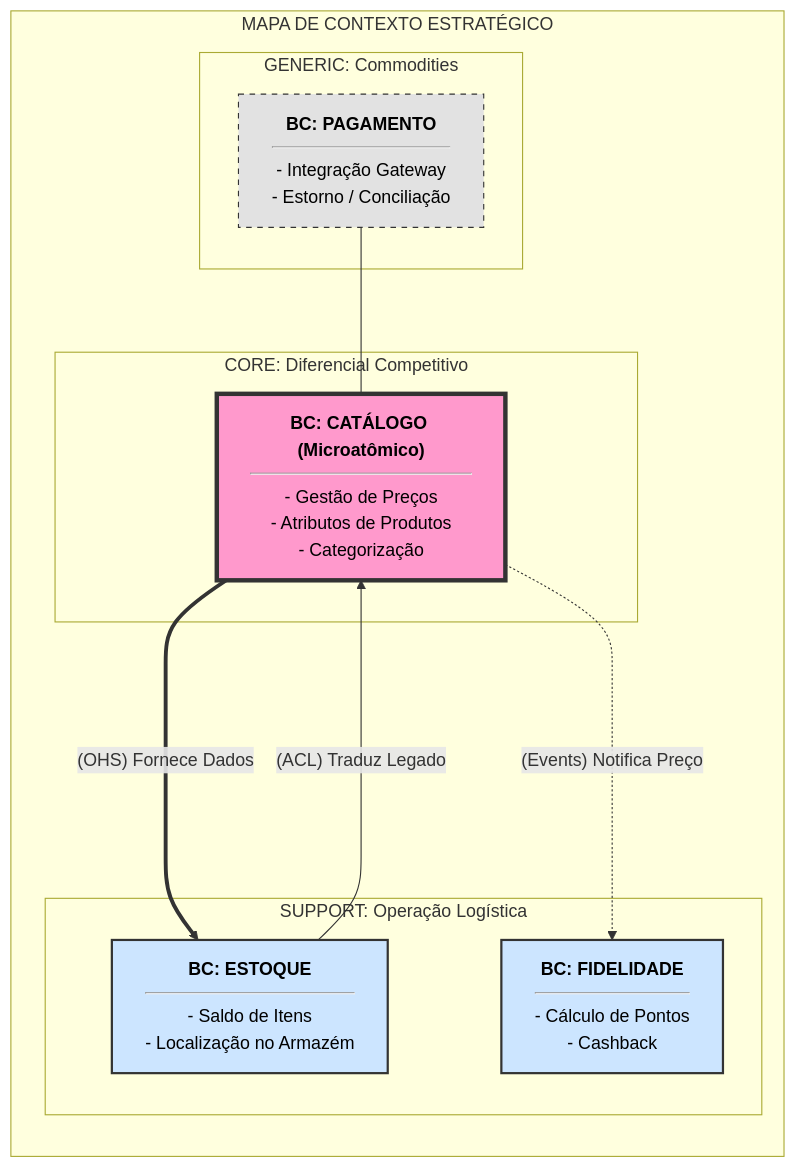
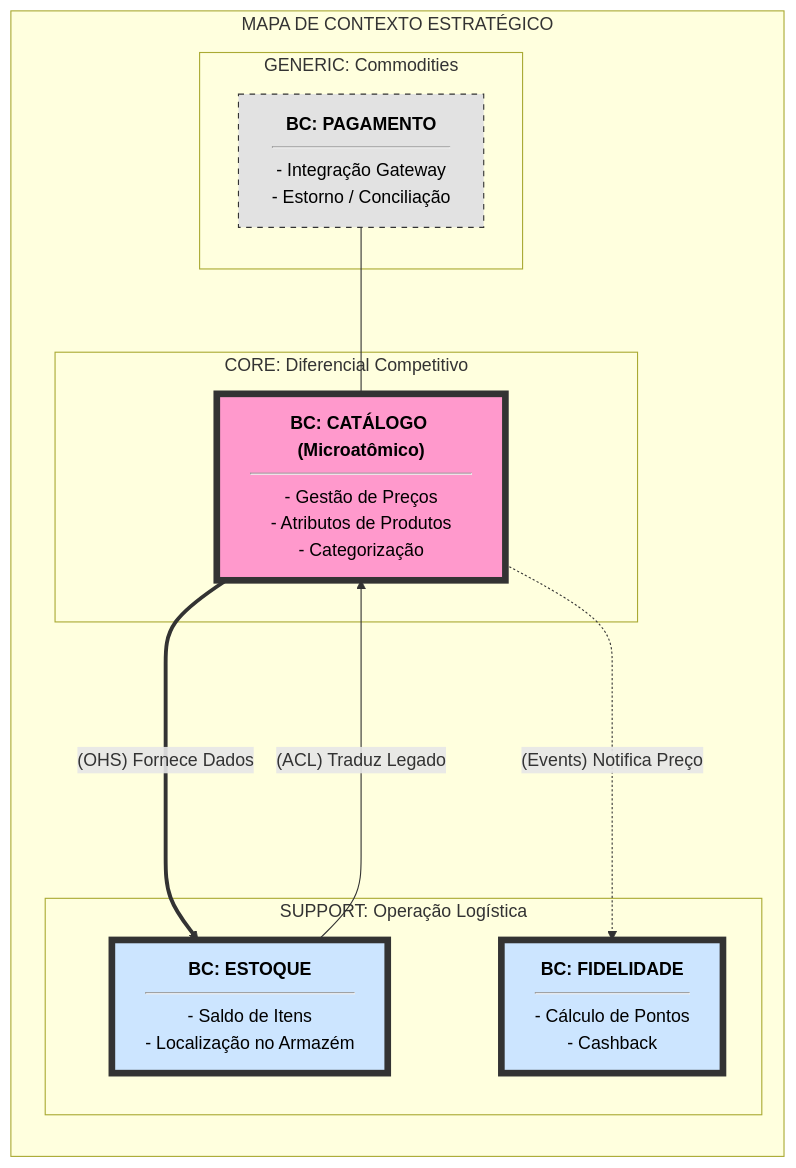
Before and after one commit to BSI-UFU/MD_Workshop2: the diagram in Workshop_Microsservicos.md, drawn with Mermaid.

Commit message:
Ajuste em Workshop_Microsservicos.md

````diff
--- a/Workshop_Microsservicos.md
+++ b/Workshop_Microsservicos.md
@@ -1,38 +1,38 @@
 ```mermaid
 graph LR
     %% Definição de Estilos
-    classDef core fill:#ff99cc,stroke:#333,stroke-width:4px,color:#000
-    classDef support fill:#cce5ff,stroke:#333,stroke-width:2px,color:#000
+    classDef core fill:#ff99cc,stroke:#333,stroke-width:6px,color:#000
+    classDef support fill:#cce5ff,stroke:#333,stroke-width:6px,color:#000
     classDef generic fill:#e2e2e2,stroke:#333,stroke-dasharray: 5 5,color:#000
 
     subgraph ECOMMERCE_SYSTEM [MAPA DE CONTEXTO ESTRATÉGICO]
         direction TB
 
         %% Detalhando o Core Domain com foco no Microatômico
         subgraph CORE [CORE: Diferencial Competitivo]
             CATALOGO["<b>BC: CATÁLOGO (Microatômico)</b><hr/>- Gestão de Preços<br/>- Atributos de Produtos<br/>- Categorização"]
         end
 
         %% Detalhando os Subdomínios de Suporte
         subgraph SUPPORT [SUPPORT: Operação Logística]
             ESTOQUE["<b>BC: ESTOQUE</b><hr/>- Saldo de Itens<br/>- Localização no Armazém"]
             LOYALTY["<b>BC: FIDELIDADE</b><hr/>- Cálculo de Pontos<br/>- Cashback"]
         end
 
         %% Detalhando o Domínio Genérico
         subgraph GENERIC [GENERIC: Commodities]
             PAGAMENTO["<b>BC: PAGAMENTO</b><hr/>- Integração Gateway<br/>- Estorno / Conciliação"]
         end
     end
 
     %% Relacionamentos com labels claras que não obstruem os nomes
     CATALOGO ====>|"(OHS) Fornece Dados"| ESTOQUE
     ESTOQUE ---->|"(ACL) Traduz Legado"| CATALOGO
     CATALOGO -.->|"(Events) Notifica Preço"| LOYALTY
     PAGAMENTO --- CATALOGO
     
     %% Aplicação dos Estilos
     class CATALOGO core
     class ESTOQUE,LOYALTY support
     class PAGAMENTO generic
 ```
````
